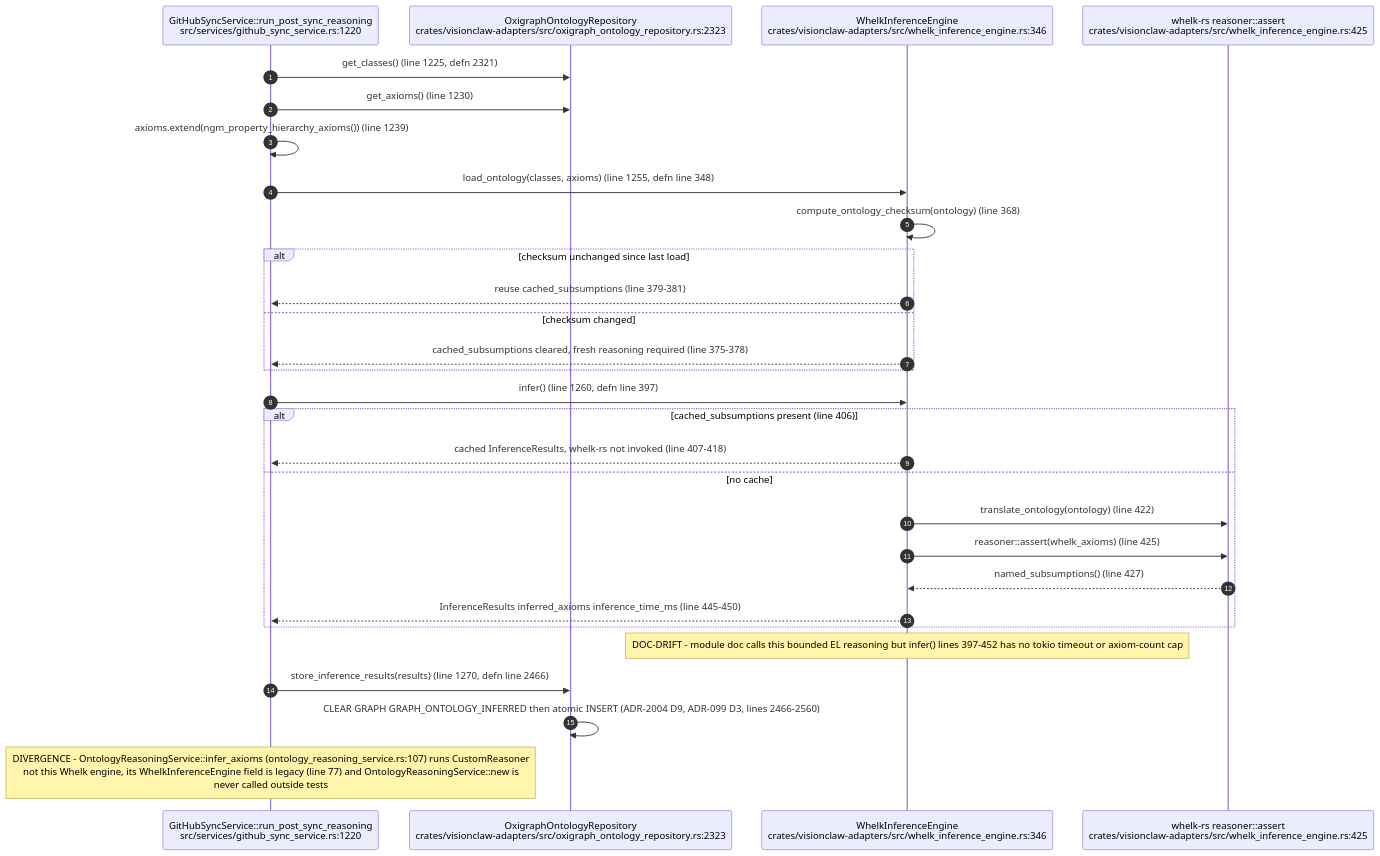
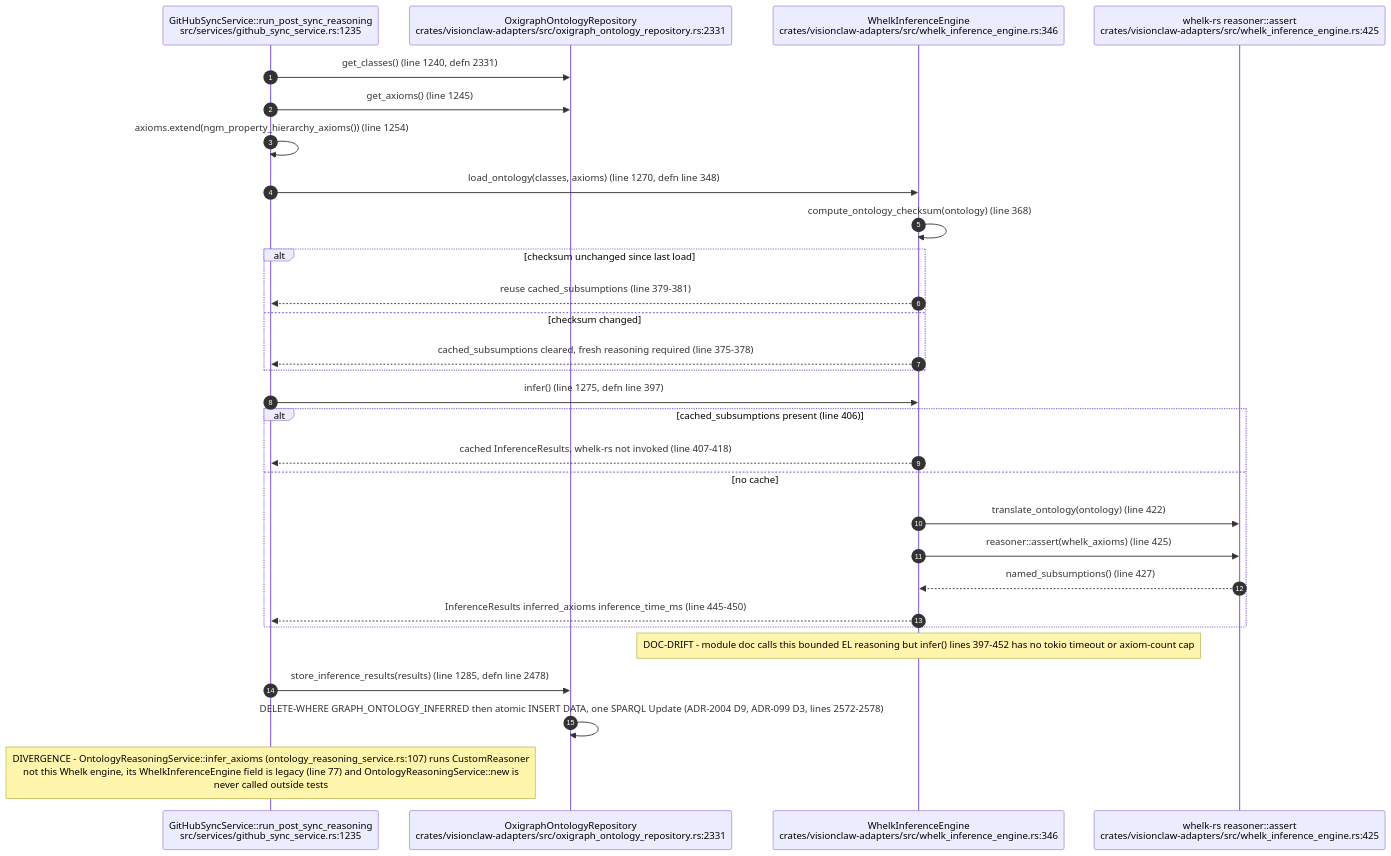
The fourth of 9 diagrams in docs/diagrams/visionclaw/20-ontology-pipeline-oxigraph-whelk.md (DreamLab-AI/VisionFlow), drawn with Mermaid before and after one commit. The commit also changed other lines of this file and 136 other files, not shown here.

First line of the commit message:
docs(diagrams): refresh the whole corpus to code HEAD and prune low-value diagrams

````diff
--- a/docs/diagrams/visionclaw/20-ontology-pipeline-oxigraph-whelk.md
+++ b/docs/diagrams/visionclaw/20-ontology-pipeline-oxigraph-whelk.md
@@ -111,32 +127,32 @@
 ```mermaid
 sequenceDiagram
     autonumber
-    participant Sync as GitHubSyncService::run_post_sync_reasoning<br/>src/services/github_sync_service.rs:1220
-    participant Repo as OxigraphOntologyRepository<br/>crates/visionclaw-adapters/src/oxigraph_ontology_repository.rs:2323
+    participant Sync as GitHubSyncService::run_post_sync_reasoning<br/>src/services/github_sync_service.rs:1235
+    participant Repo as OxigraphOntologyRepository<br/>crates/visionclaw-adapters/src/oxigraph_ontology_repository.rs:2331
     participant Engine as WhelkInferenceEngine<br/>crates/visionclaw-adapters/src/whelk_inference_engine.rs:346
     participant Whelk as whelk-rs reasoner::assert<br/>crates/visionclaw-adapters/src/whelk_inference_engine.rs:425
 
-    Sync->>Repo: get_classes() (line 1225, defn 2321)
-    Sync->>Repo: get_axioms() (line 1230)
-    Sync->>Sync: axioms.extend(ngm_property_hierarchy_axioms()) (line 1239)
-    Sync->>Engine: load_ontology(classes, axioms) (line 1255, defn line 348)
+    Sync->>Repo: get_classes() (line 1240, defn 2331)
+    Sync->>Repo: get_axioms() (line 1245)
+    Sync->>Sync: axioms.extend(ngm_property_hierarchy_axioms()) (line 1254)
+    Sync->>Engine: load_ontology(classes, axioms) (line 1270, defn line 348)
     Engine->>Engine: compute_ontology_checksum(ontology) (line 368)
     alt checksum unchanged since last load
         Engine-->>Sync: reuse cached_subsumptions (line 379-381)
     else checksum changed
         Engine-->>Sync: cached_subsumptions cleared, fresh reasoning required (line 375-378)
     end
-    Sync->>Engine: infer() (line 1260, defn line 397)
+    Sync->>Engine: infer() (line 1275, defn line 397)
     alt cached_subsumptions present (line 406)
         Engine-->>Sync: cached InferenceResults, whelk-rs not invoked (line 407-418)
     else no cache
         Engine->>Whelk: translate_ontology(ontology) (line 422)
         Engine->>Whelk: reasoner::assert(whelk_axioms) (line 425)
         Whelk-->>Engine: named_subsumptions() (line 427)
         Engine-->>Sync: InferenceResults inferred_axioms inference_time_ms (line 445-450)
     end
     Note over Engine: DOC-DRIFT - module doc calls this bounded EL reasoning but infer() lines 397-452 has no tokio timeout or axiom-count cap
-    Sync->>Repo: store_inference_results(results) (line 1270, defn line 2466)
-    Repo->>Repo: CLEAR GRAPH GRAPH_ONTOLOGY_INFERRED then atomic INSERT (ADR-2004 D9, ADR-099 D3, lines 2466-2560)
+    Sync->>Repo: store_inference_results(results) (line 1285, defn line 2478)
+    Repo->>Repo: DELETE-WHERE GRAPH_ONTOLOGY_INFERRED then atomic INSERT DATA, one SPARQL Update (ADR-2004 D9, ADR-099 D3, lines 2572-2578)
     Note over Sync: DIVERGENCE - OntologyReasoningService::infer_axioms (ontology_reasoning_service.rs:107) runs CustomReasoner<br/>not this Whelk engine, its WhelkInferenceEngine field is legacy (line 77) and OntologyReasoningService::new is<br/>never called outside tests
 ```
````
